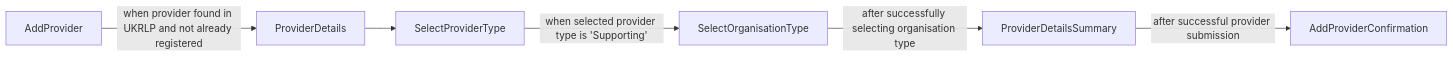
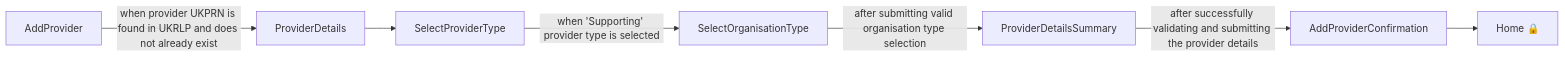
One commit to talentconsulting/atlas-dfe changed the first of 11 diagrams in das-admin-roatp-web/user-journeys/user-journeys.md. Above: the diagram before and after it, drawn with Mermaid. The commit also changed other lines of this file and 22 other files, not shown here.

````diff
--- a/das-admin-roatp-web/user-journeys/user-journeys.md
+++ b/das-admin-roatp-web/user-journeys/user-journeys.md
@@ -24,8 +9,9 @@
 ```mermaid
 flowchart LR
-  p0["AddProvider"] -->|"when provider found in UKRLP and not already registered"| p1["ProviderDetails"]
+  p0["AddProvider"] -->|"when provider UKPRN is found in UKRLP and does not already exist"| p1["ProviderDetails"]
   p1["ProviderDetails"] --> p2["SelectProviderType"]
-  p2["SelectProviderType"] -->|"when selected provider type is 'Supporting'"| p3["SelectOrganisationType"]
-  p3["SelectOrganisationType"] -->|"after successfully selecting organisation type"| p4["ProviderDetailsSummary"]
-  p4["ProviderDetailsSummary"] -->|"after successful provider submission"| p5["AddProviderConfirmation"]
+  p2["SelectProviderType"] -->|"when 'Supporting' provider type is selected"| p3["SelectOrganisationType"]
+  p3["SelectOrganisationType"] -->|"after submitting valid organisation type selection"| p4["ProviderDetailsSummary"]
+  p4["ProviderDetailsSummary"] -->|"after successfully validating and submitting the provider details"| p5["AddProviderConfirmation"]
+  p5["AddProviderConfirmation"] --> p6["Home 🔒"]
 ```
````
